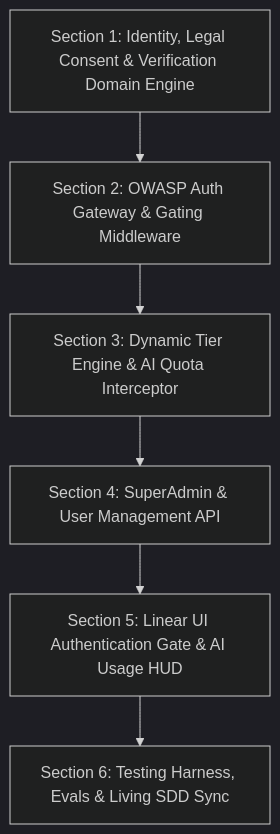
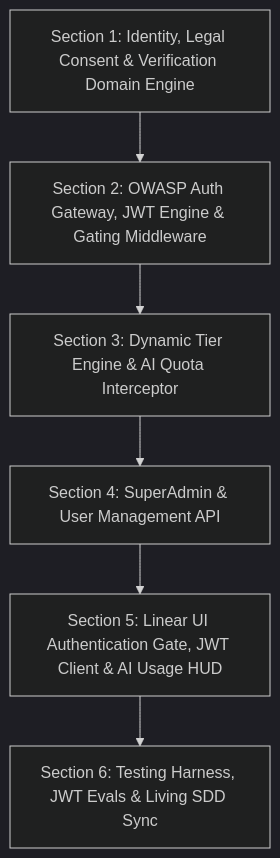
One commit to nikunjbanker/diet-dost changed the third of 3 diagrams in docs/USER_MANAGEMENT_AND_SECURITY_ARCHITECTURE_PLAN.md. Above: the diagram before and after it, drawn with Mermaid (dark theme). The commit also changed other lines of this file, not shown here.

Commit message:
docs: update user management architecture plan with jwt implementation

````diff
--- a/docs/USER_MANAGEMENT_AND_SECURITY_ARCHITECTURE_PLAN.md
+++ b/docs/USER_MANAGEMENT_AND_SECURITY_ARCHITECTURE_PLAN.md
@@ -207,8 +274,8 @@
 ```mermaid
 graph TD
-    P1["Section 1: Identity, Legal Consent & Verification Domain Engine"] --> P2["Section 2: OWASP Auth Gateway & Gating Middleware"]
+    P1["Section 1: Identity, Legal Consent & Verification Domain Engine"] --> P2["Section 2: OWASP Auth Gateway, JWT Engine & Gating Middleware"]
     P2 --> P3["Section 3: Dynamic Tier Engine & AI Quota Interceptor"]
     P3 --> P4["Section 4: SuperAdmin & User Management API"]
-    P4 --> P5["Section 5: Linear UI Authentication Gate & AI Usage HUD"]
-    P5 --> P6["Section 6: Testing Harness, Evals & Living SDD Sync"]
+    P4 --> P5["Section 5: Linear UI Authentication Gate, JWT Client & AI Usage HUD"]
+    P5 --> P6["Section 6: Testing Harness, JWT Evals & Living SDD Sync"]
 ```
````
